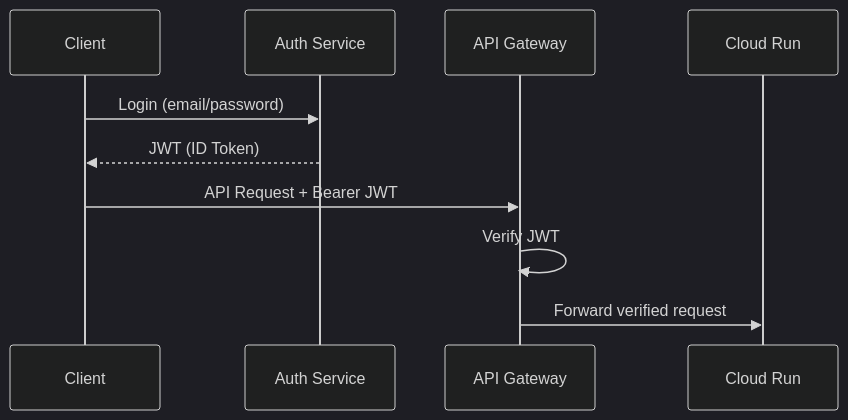
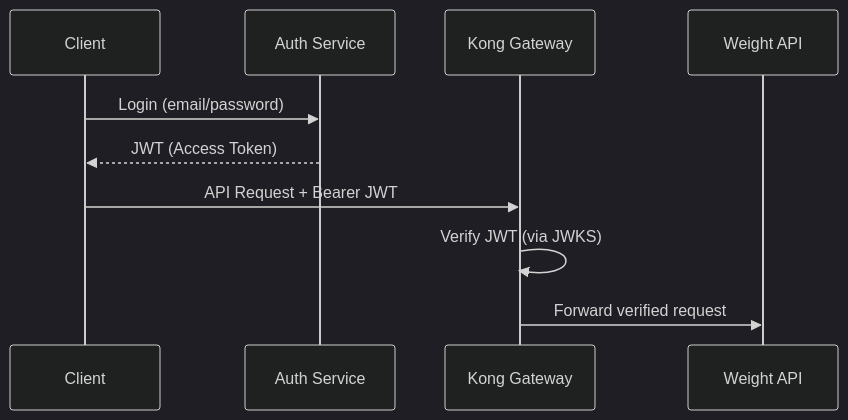
Before and after one commit to ap9035/baby_weight_recorder: the third of 11 diagrams in docs/baby_weight_recorder-spec.md, drawn with Mermaid (dark theme). The commit also changed other lines of this file and 12 other files, not shown here.

First line of the commit message:
refactor: 改用 Kong Gateway 替代 GCP API Gateway

````diff
--- a/docs/baby_weight_recorder-spec.md
+++ b/docs/baby_weight_recorder-spec.md
@@ -394,13 +488,13 @@
 ```mermaid
 sequenceDiagram
     participant C as Client
     participant A as Auth Service
-    participant G as API Gateway
-    participant S as Cloud Run
+    participant K as Kong Gateway
+    participant S as Weight API
 
     C->>A: Login (email/password)
-    A-->>C: JWT (ID Token)
-    C->>G: API Request + Bearer JWT
-    G->>G: Verify JWT
-    G->>S: Forward verified request
+    A-->>C: JWT (Access Token)
+    C->>K: API Request + Bearer JWT
+    K->>K: Verify JWT (via JWKS)
+    K->>S: Forward verified request
 ```
````
